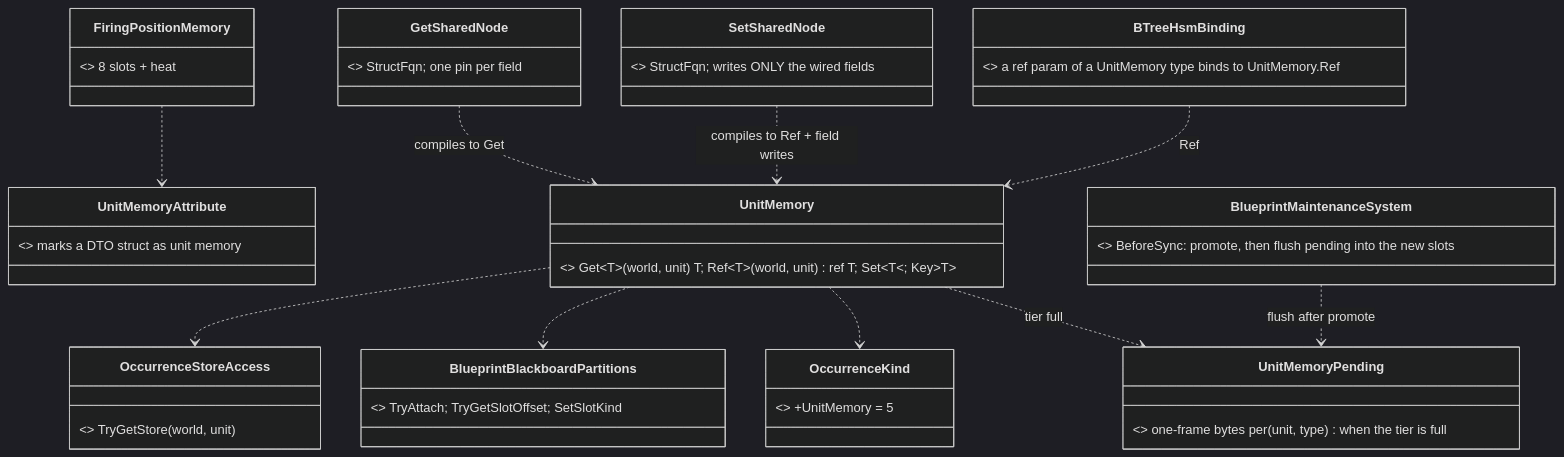
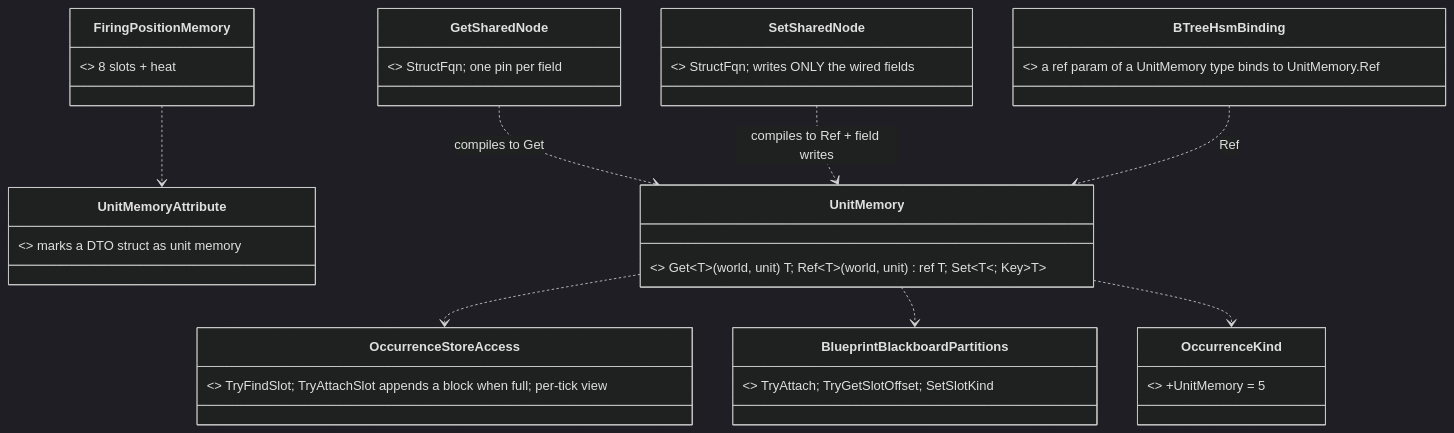
Before and after one commit to pjanec/HROT: the first of 3 diagrams in docs/blueprints/Architect_Question_87_Unit_Memory.md, drawn with Mermaid (dark theme). The commit also changed other lines of this file, not shown here.

First line of the commit message:
Q87: restate §0, §2 diagrams, lean C, D and U-1 for the built D″ store (no pending buffer, no promotion)

````diff
--- a/docs/blueprints/Architect_Question_87_Unit_Memory.md
+++ b/docs/blueprints/Architect_Question_87_Unit_Memory.md
@@ -78,23 +78,19 @@
 ```mermaid
 classDiagram
   class UnitMemoryAttribute { <<new, Fbt.Kernel>> marks a DTO struct as unit memory }
   class UnitMemory { <<new, static>> Get~T~(world, unit) T; Ref~T~(world, unit) ref T; Set~T~; Key~T~ }
-  class UnitMemoryPending { <<new>> one-frame bytes per (unit, type) when the tier is full }
-  class BlueprintMaintenanceSystem { <<existing, grows>> BeforeSync: promote, then flush pending into the new slots }
   class OccurrenceKind { <<existing, grows>> +UnitMemory = 5 }
   class BlueprintBlackboardPartitions { <<existing>> TryAttach; TryGetSlotOffset; SetSlotKind }
-  class OccurrenceStoreAccess { <<existing>> TryGetStore(world, unit) }
+  class OccurrenceStoreAccess { <<existing, U-0 built>> TryFindSlot; TryAttachSlot appends a block when full; per-tick view }
   class GetSharedNode { <<new blueprint node>> StructFqn; one pin per field }
   class SetSharedNode { <<new blueprint node>> StructFqn; writes ONLY the wired fields }
   class BTreeHsmBinding { <<existing emitters, grow>> a ref param of a UnitMemory type binds to UnitMemory.Ref }
   class FiringPositionMemory { <<first unit memory>> 8 slots + heat }
   UnitMemory ..> OccurrenceStoreAccess
   UnitMemory ..> BlueprintBlackboardPartitions
   UnitMemory ..> OccurrenceKind
   GetSharedNode ..> UnitMemory : compiles to Get
   SetSharedNode ..> UnitMemory : compiles to Ref + field writes
-  UnitMemory ..> UnitMemoryPending : tier full
-  BlueprintMaintenanceSystem ..> UnitMemoryPending : flush after promote
   BTreeHsmBinding ..> UnitMemory : Ref
   FiringPositionMemory ..> UnitMemoryAttribute
 ```
````
